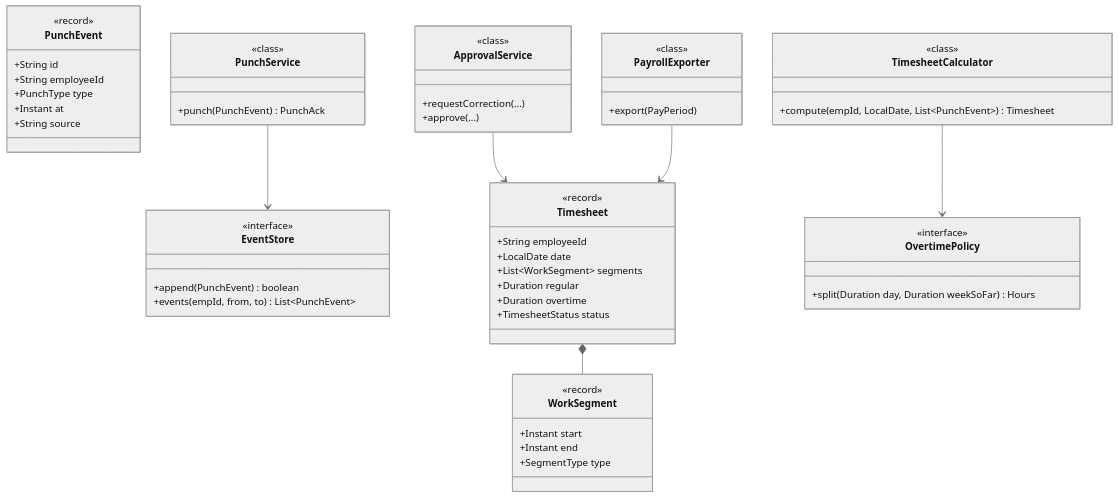
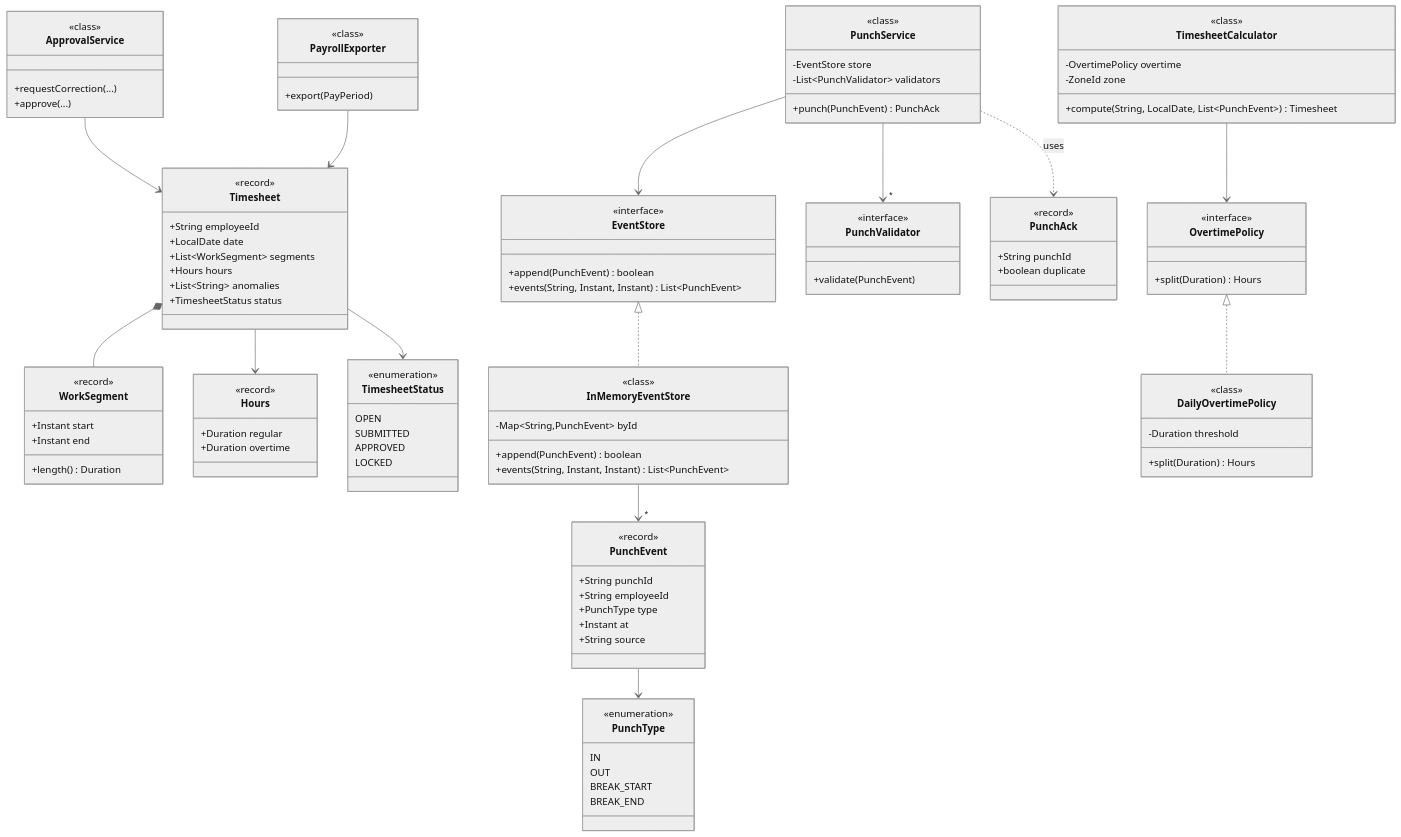
The first of 2 diagrams in system-design/lld/12-attendance-system.md (amarkum/amarkumar.guru), drawn with Mermaid (neutral theme) before and after one commit. The commit also changed 27 other files, not shown here.

Commit message:
Rebuild every UML class diagram from its Java code, add a notes progress tracker, and make diagrams readable with zoom and a legend.

````diff
--- a/system-design/lld/12-attendance-system.md
+++ b/system-design/lld/12-attendance-system.md
@@ -42,46 +42,95 @@
 ```mermaid
 classDiagram
+    class PunchType {
+      <<enumeration>>
+      IN
+      OUT
+      BREAK_START
+      BREAK_END
+    }
+    class TimesheetStatus {
+      <<enumeration>>
+      OPEN
+      SUBMITTED
+      APPROVED
+      LOCKED
+    }
     class PunchEvent {
       <<record>>
-      +String id
+      +String punchId
       +String employeeId
       +PunchType type
       +Instant at
       +String source
     }
-    class PunchService {
-      +punch(PunchEvent) PunchAck
+    class PunchAck {
+      <<record>>
+      +String punchId
+      +boolean duplicate
+    }
+    class WorkSegment {
+      <<record>>
+      +Instant start
+      +Instant end
+      +length() Duration
+    }
+    class Hours {
+      <<record>>
+      +Duration regular
+      +Duration overtime
+    }
+    class Timesheet {
+      <<record>>
+      +String employeeId
+      +LocalDate date
+      +List~WorkSegment~ segments
+      +Hours hours
+      +List~String~ anomalies
+      +TimesheetStatus status
+    }
+    class PunchValidator {
+      <<interface>>
+      +validate(PunchEvent)
     }
     class EventStore {
       <<interface>>
       +append(PunchEvent) boolean
-      +events(empId, from, to) List~PunchEvent~
-    }
-    class TimesheetCalculator {
-      +compute(empId, LocalDate, List~PunchEvent~) Timesheet
-    }
-    class Timesheet {
-      +String employeeId
-      +LocalDate date
-      +List~WorkSegment~ segments
-      +Duration regular
-      +Duration overtime
-      +TimesheetStatus status
-    }
-    class WorkSegment {
-      +Instant start
-      +Instant end
-      +SegmentType type
+      +events(String, Instant, Instant) List~PunchEvent~
     }
     class OvertimePolicy {
       <<interface>>
-      +split(Duration day, Duration weekSoFar) Hours
+      +split(Duration) Hours
+    }
+    class DailyOvertimePolicy {
+      <<class>>
+      -Duration threshold
+      +split(Duration) Hours
+    }
+    class InMemoryEventStore {
+      <<class>>
+      -Map~String,PunchEvent~ byId
+      +append(PunchEvent) boolean
+      +events(String, Instant, Instant) List~PunchEvent~
+    }
+    class PunchService {
+      <<class>>
+      -EventStore store
+      -List~PunchValidator~ validators
+      +punch(PunchEvent) PunchAck
+    }
+    class TimesheetCalculator {
+      <<class>>
+      -OvertimePolicy overtime
+      -ZoneId zone
+      +compute(String, LocalDate, List~PunchEvent~) Timesheet
     }
     class ApprovalService {
+      <<class>>
       +requestCorrection(...)
       +approve(...)
     }
     class PayrollExporter {
+      <<class>>
       +export(PayPeriod)
     }
     PunchService --> EventStore
@@ -89,28 +138,12 @@
     Timesheet *-- WorkSegment
     ApprovalService --> Timesheet
     PayrollExporter --> Timesheet
-    class Timesheet {
-      <<record>>
-    }
-    class WorkSegment {
-      <<record>>
-    }
-    class PayrollExporter {
-      <<class>>
-    }
-    class TimesheetCalculator {
-      <<class>>
-    }
-    class OvertimePolicy {
-      <<interface>>
-    }
-    class ApprovalService {
-      <<class>>
-    }
-    class PunchService {
-      <<class>>
-    }
-    class EventStore {
-      <<interface>>
-    }
+    OvertimePolicy <|.. DailyOvertimePolicy
+    EventStore <|.. InMemoryEventStore
+    PunchEvent --> PunchType
+    Timesheet --> Hours
+    Timesheet --> TimesheetStatus
+    InMemoryEventStore --> "*" PunchEvent
+    PunchService --> "*" PunchValidator
+    PunchService ..> PunchAck : uses
 ```
````
